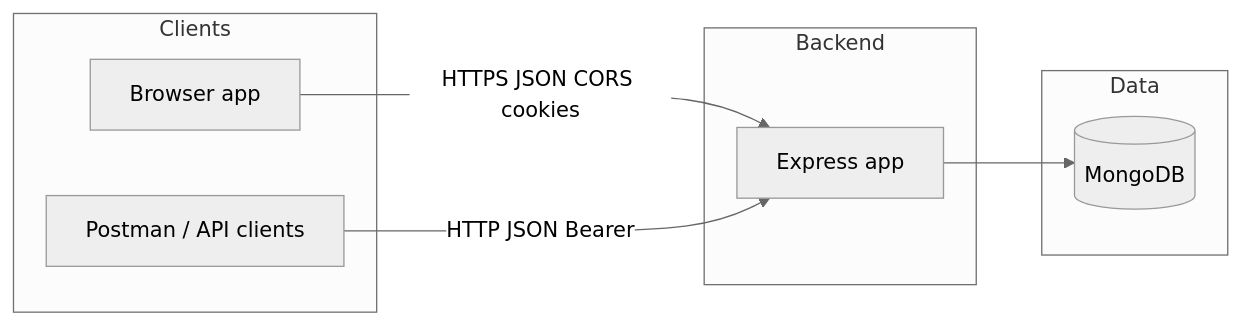
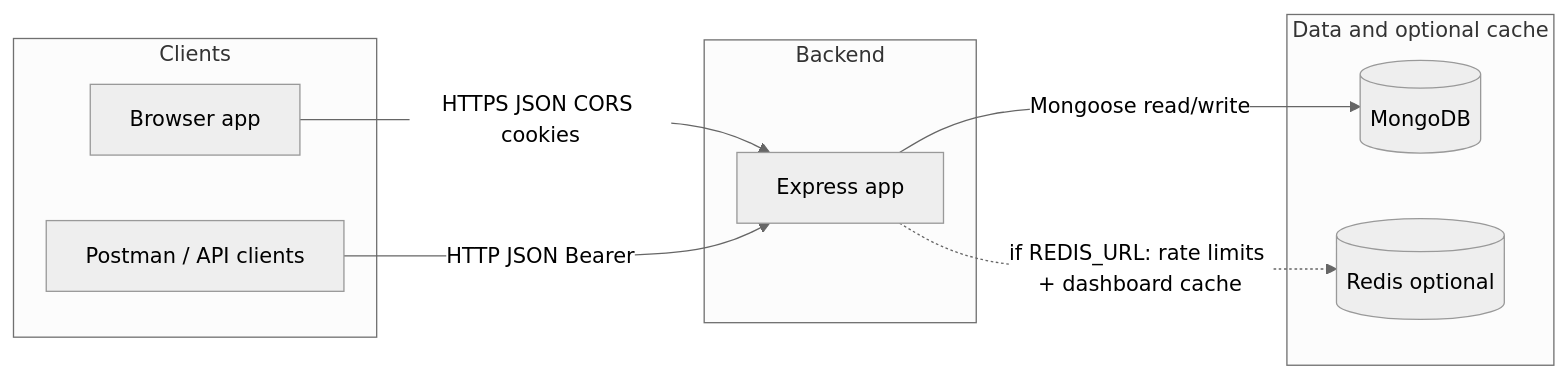
One commit to harsh-85293/Finance-Data-Processing-and-Access-Control-Backend changed the first of 4 diagrams in docs/system-design.md. Above: the diagram before and after it, drawn with Mermaid (neutral theme). The commit also changed other lines of this file and 1 other file, not shown here.

First line of the commit message:
docs: show optional Redis in HLD context diagram and module layout

````diff
--- a/docs/system-design.md
+++ b/docs/system-design.md
@@ -75,16 +75,18 @@
 ```mermaid
 flowchart LR
   subgraph clients [Clients]
     B[Browser app]
     P[Postman / API clients]
   end
   subgraph api [Backend]
     E[Express app]
   end
-  subgraph data [Data]
+  subgraph data [Data and optional cache]
     M[(MongoDB)]
+    R[(Redis optional)]
   end
   B -->|HTTPS JSON CORS cookies| E
   P -->|HTTP JSON Bearer| E
-  E --> M
+  E -->|Mongoose read/write| M
+  E -.->|if REDIS_URL: rate limits + dashboard cache| R
 ```
````
